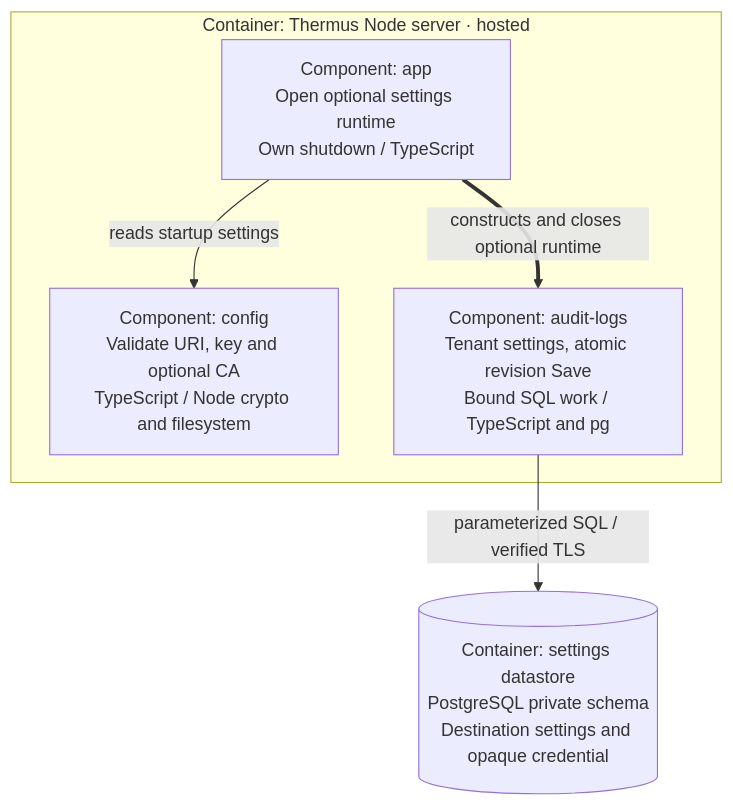
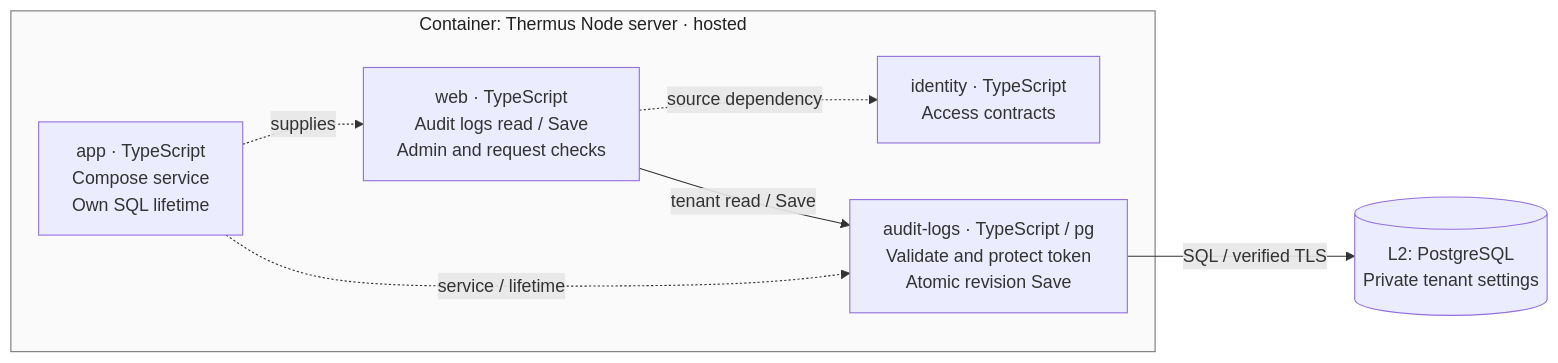
The sixth of 13 diagrams in architecture/components.md (tomer-mayara/Thermus), drawn with Mermaid before and after one commit. The commit also changed other lines of this file and 33 other files, not shown here.

Commit message:
feat: add Admin logging settings with encrypted atomic Save

````diff
--- a/architecture/components.md
+++ b/architecture/components.md
@@ -243,12 +243,16 @@
 ```mermaid
-flowchart TB
+flowchart LR
   subgraph storage_server["Container: Thermus Node server · hosted"]
-    storage_app["Component: app<br/>Open optional settings runtime<br/>Own shutdown / TypeScript"]
-    storage_config["Component: config<br/>Validate URI, key and optional CA<br/>TypeScript / Node crypto and filesystem"]
-    storage_logging["Component: audit-logs<br/>Tenant settings, atomic revision Save<br/>Bound SQL work / TypeScript and pg"]
+    storage_app["app · TypeScript<br/>Compose service<br/>Own SQL lifetime"]
+    storage_web["web · TypeScript<br/>Audit logs read / Save<br/>Admin and request checks"]
+    storage_identity["identity · TypeScript<br/>Access contracts"]
+    storage_logging["audit-logs · TypeScript / pg<br/>Validate and protect token<br/>Atomic revision Save"]
   end
-  storage_data[("Container: settings datastore<br/>PostgreSQL private schema<br/>Destination settings and opaque credential")]
-  storage_app -->|reads startup settings| storage_config
-  storage_app ==>|constructs and closes optional runtime| storage_logging
-  storage_logging -->|parameterized SQL / verified TLS| storage_data
+  storage_data[("L2: PostgreSQL<br/>Private tenant settings")]
+  storage_app -.->|supplies| storage_web
+  storage_app -.->|service / lifetime| storage_logging
+  storage_web -.->|source dependency| storage_identity
+  storage_web -->|tenant read / Save| storage_logging
+  storage_logging -->|SQL / verified TLS| storage_data
+  style storage_server fill:#fafafa,stroke:#777777,color:#222
 ```
````
